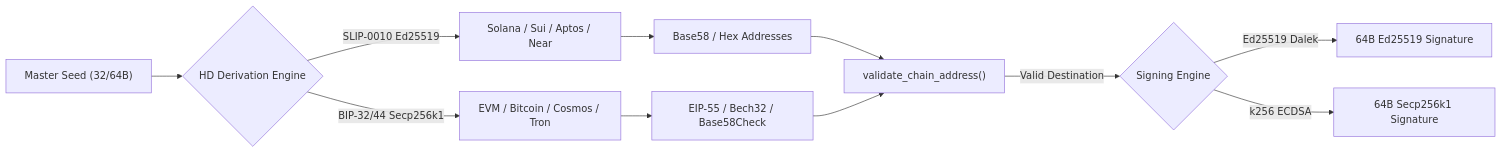
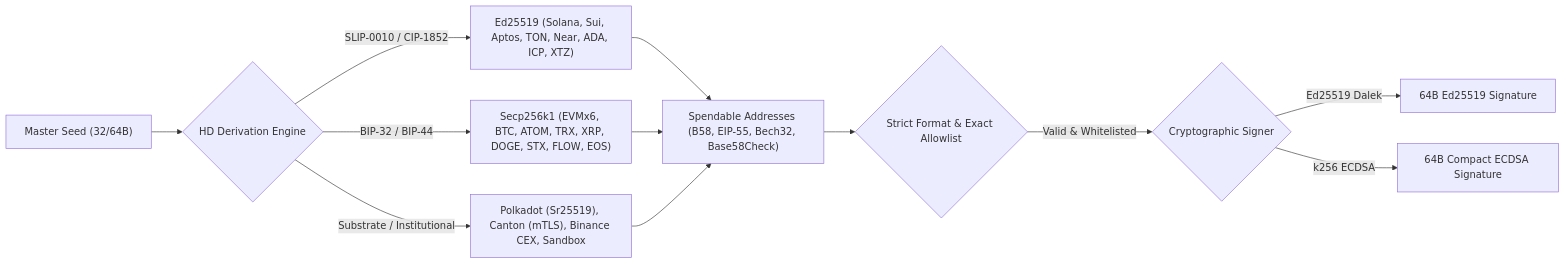
Before and after one commit to hcross/robotrader: the diagram in openspec/changes/real-bip32-vault-cryptography/proposal.md, drawn with Mermaid. The commit also changed other lines of this file and 7 other files, not shown here.

Commit message:
docs(spec): address round 1 review findings for bip32 cryptographic vault [real-bip32-vault-cryptography]

````diff
--- a/openspec/changes/real-bip32-vault-cryptography/proposal.md
+++ b/openspec/changes/real-bip32-vault-cryptography/proposal.md
@@ -12,13 +12,14 @@
 ```mermaid
 flowchart LR
     Seed["Master Seed (32/64B)"] --> HD{"HD Derivation Engine"}
-    HD -->|"SLIP-0010 Ed25519"| EdKeys["Solana / Sui / Aptos / Near"]
-    HD -->|"BIP-32/44 Secp256k1"| SecpKeys["EVM / Bitcoin / Cosmos / Tron"]
-    EdKeys --> EdAddr["Base58 / Hex Addresses"]
-    SecpKeys --> SecpAddr["EIP-55 / Bech32 / Base58Check"]
-    EdAddr --> StrictVal["validate_chain_address()"]
-    SecpAddr --> StrictVal
-    StrictVal -->|"Valid Destination"| SignEngine{"Signing Engine"}
-    SignEngine -->|"Ed25519 Dalek"| EdSig["64B Ed25519 Signature"]
-    SignEngine -->|"k256 ECDSA"| SecpSig["64B Secp256k1 Signature"]
+    HD -->|"SLIP-0010 / CIP-1852"| EdKeys["Ed25519 (Solana, Sui, Aptos, TON, Near, ADA, ICP, XTZ)"]
+    HD -->|"BIP-32 / BIP-44"| SecpKeys["Secp256k1 (EVMx6, BTC, ATOM, TRX, XRP, DOGE, STX, FLOW, EOS)"]
+    HD -->|"Substrate / Institutional"| OtherKeys["Polkadot (Sr25519), Canton (mTLS), Binance CEX, Sandbox"]
+    EdKeys --> Addrs["Spendable Addresses (B58, EIP-55, Bech32, Base58Check)"]
+    SecpKeys --> Addrs
+    OtherKeys --> Addrs
+    Addrs --> Gate{"Strict Format & Exact Allowlist"}
+    Gate -->|"Valid & Whitelisted"| Signer{"Cryptographic Signer"}
+    Signer -->|"Ed25519 Dalek"| EdSig["64B Ed25519 Signature"]
+    Signer -->|"k256 ECDSA"| SecpSig["64B Compact ECDSA Signature"]
 ```
````
